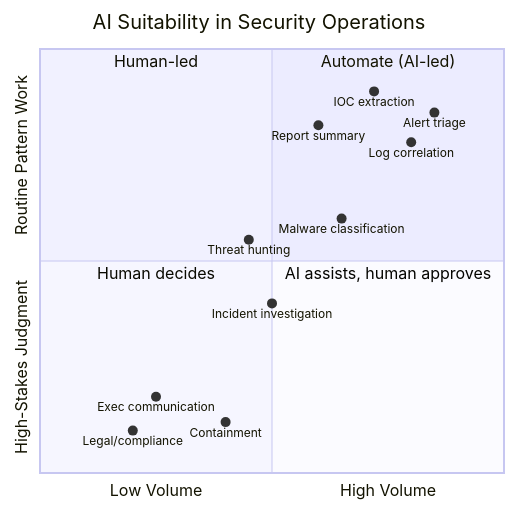
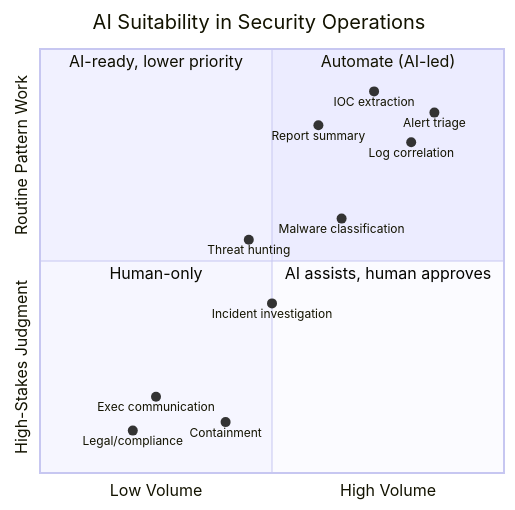
One commit to depalmar/ai_for_the_win changed the second of 4 diagrams in docs/guides/ai-for-security-leaders.md. Above: the diagram before and after it, drawn with Mermaid. The commit also changed other lines of this file, not shown here.

````diff
--- a/docs/guides/ai-for-security-leaders.md
+++ b/docs/guides/ai-for-security-leaders.md
@@ -111,20 +145,20 @@
 ```mermaid
 quadrantChart
     title AI Suitability in Security Operations
     x-axis "Low Volume" --> "High Volume"
     y-axis "High-Stakes Judgment" --> "Routine Pattern Work"
     quadrant-1 "Automate (AI-led)"
-    quadrant-2 "Human-led"
-    quadrant-3 "Human decides"
+    quadrant-2 "AI-ready, lower priority"
+    quadrant-3 "Human-only"
     quadrant-4 "AI assists, human approves"
     "Alert triage": [0.85, 0.85]
     "Log correlation": [0.8, 0.78]
     "IOC extraction": [0.72, 0.9]
     "Report summary": [0.6, 0.82]
     "Malware classification": [0.65, 0.6]
     "Threat hunting": [0.45, 0.55]
     "Incident investigation": [0.5, 0.4]
     "Containment": [0.4, 0.12]
     "Exec communication": [0.25, 0.18]
     "Legal/compliance": [0.2, 0.1]
 ```
````
